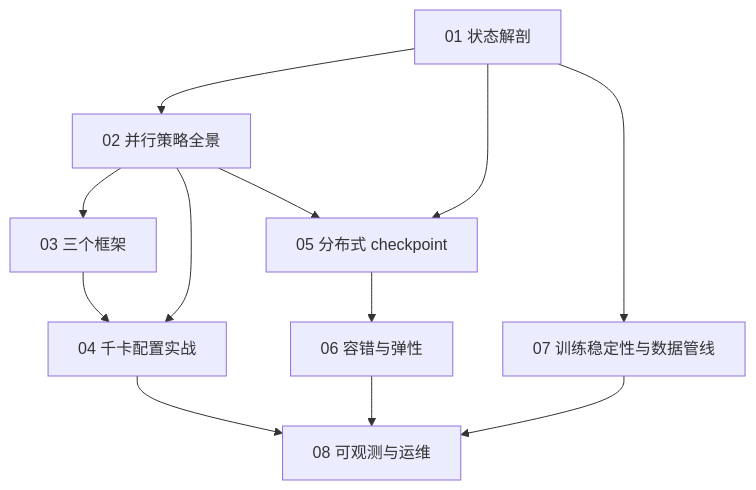
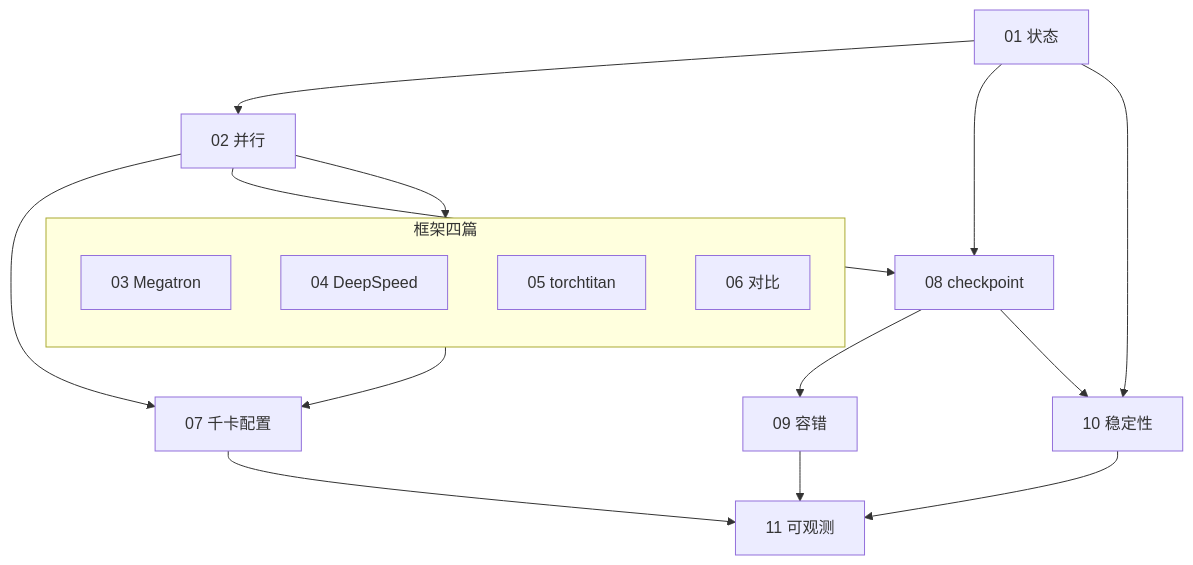
One commit to arganzheng/arganzheng.github.com changed the second of 7 diagrams in slides/2026-07-29-large-scale-training.md. Above: the diagram before and after it, drawn with Mermaid. The commit also changed other lines of this file, not shown here.

First line of the commit message:
大规模训练工程 幻灯片：补 6 张机制图子页，数字与结论随正文同步

````diff
--- a/slides/2026-07-29-large-scale-training.md
+++ b/slides/2026-07-29-large-scale-training.md
@@ -39,11 +72,19 @@
 ```mermaid
 %%{init: {"flowchart": {"wrappingWidth": 200}}}%%
+%% 图：十一篇的依赖关系：箭头尾端的结论被箭头头端当作前提
 flowchart TB
-    L1["01 状态解剖"] --> L2["02 并行策略全景"]
-    L2 --> L3["03 三个框架"]
-    L2 & L3 --> L4["04 千卡配置实战"]
-    L1 & L2 --> L5["05 分布式 checkpoint"]
-    L5 --> L6["06 容错与弹性"]
-    L1 --> L7["07 训练稳定性与数据管线"]
-    L4 & L6 & L7 --> L8["08 可观测与运维"]
+    L1["01 状态"] --> L2["02 并行"]
+    L2 --> F
+    subgraph F["框架四篇"]
+        direction TB
+        L3["03 Megatron"]
+        L4["04 DeepSpeed"]
+        L5["05 torchtitan"]
+        L6["06 对比"]
+    end
+    L2 & F --> L7["07 千卡配置"]
+    L1 & L2 --> L8["08 checkpoint"]
+    L8 --> L9["09 容错"]
+    L1 & L8 --> L10["10 稳定性"]
+    L7 & L9 & L10 --> L11["11 可观测"]
 ```
````
